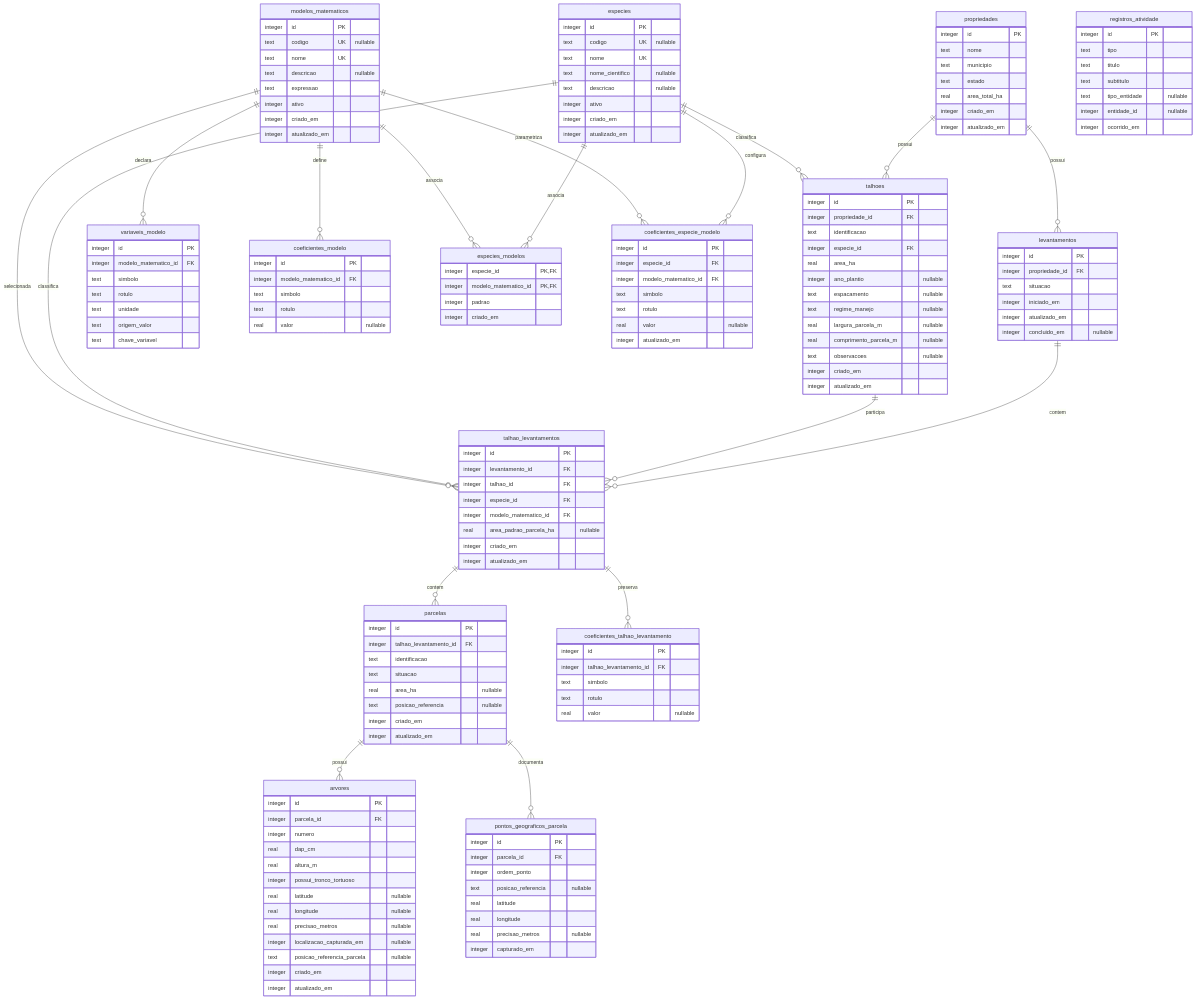
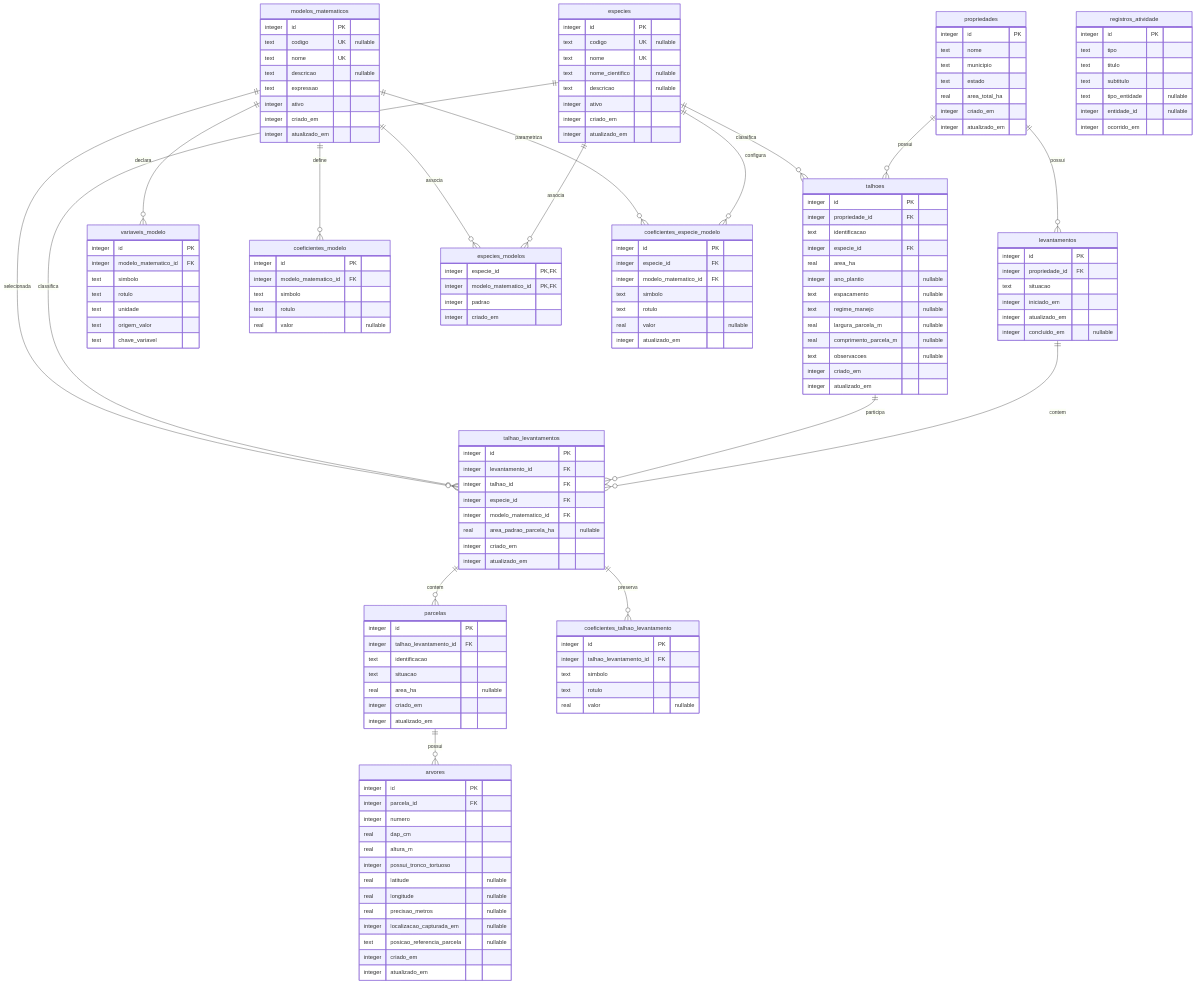
One commit to mateushernandes10-droid/dendro_mobile changed the diagram in tcc_codex_context/docs/diagrams/04_banco_completo.mmd. Above: the diagram before and after it, drawn with Mermaid. The commit also changed 26 other files, not shown here.

```diff
--- a/tcc_codex_context/docs/diagrams/04_banco_completo.mmd
+++ b/tcc_codex_context/docs/diagrams/04_banco_completo.mmd
@@ -1,162 +1,150 @@
 erDiagram
     propriedades ||--o{ talhoes : possui
     propriedades ||--o{ levantamentos : possui
     especies ||--o{ talhoes : classifica
     levantamentos ||--o{ talhao_levantamentos : contem
     talhoes ||--o{ talhao_levantamentos : participa
     especies ||--o{ talhao_levantamentos : classifica
     modelos_matematicos ||--o{ talhao_levantamentos : selecionada
     talhao_levantamentos ||--o{ parcelas : contem
     parcelas ||--o{ arvores : possui
-    parcelas ||--o{ pontos_geograficos_parcela : documenta
     modelos_matematicos ||--o{ variaveis_modelo : declara
     modelos_matematicos ||--o{ coeficientes_modelo : define
     especies ||--o{ especies_modelos : associa
     modelos_matematicos ||--o{ especies_modelos : associa
     especies ||--o{ coeficientes_especie_modelo : configura
     modelos_matematicos ||--o{ coeficientes_especie_modelo : parametriza
     talhao_levantamentos ||--o{ coeficientes_talhao_levantamento : preserva
     propriedades {
         integer id PK
         text nome
         text municipio
         text estado
         real area_total_ha
         integer criado_em
         integer atualizado_em
     }
     especies {
         integer id PK
         text codigo UK "nullable"
         text nome UK
         text nome_cientifico "nullable"
         text descricao "nullable"
         integer ativo
         integer criado_em
         integer atualizado_em
     }
     modelos_matematicos {
         integer id PK
         text codigo UK "nullable"
         text nome UK
         text descricao "nullable"
         text expressao
         integer ativo
         integer criado_em
         integer atualizado_em
     }
     variaveis_modelo {
         integer id PK
         integer modelo_matematico_id FK
         text simbolo
         text rotulo
         text unidade
         text origem_valor
         text chave_variavel
     }
     coeficientes_modelo {
         integer id PK
         integer modelo_matematico_id FK
         text simbolo
         text rotulo
         real valor "nullable"
     }
     especies_modelos {
         integer especie_id PK,FK
         integer modelo_matematico_id PK,FK
         integer padrao
         integer criado_em
     }
     coeficientes_especie_modelo {
         integer id PK
         integer especie_id FK
         integer modelo_matematico_id FK
         text simbolo
         text rotulo
         real valor "nullable"
         integer atualizado_em
     }
     talhoes {
         integer id PK
         integer propriedade_id FK
         text identificacao
         integer especie_id FK
         real area_ha
         integer ano_plantio "nullable"
         text espacamento "nullable"
         text regime_manejo "nullable"
         real largura_parcela_m "nullable"
         real comprimento_parcela_m "nullable"
         text observacoes "nullable"
         integer criado_em
         integer atualizado_em
     }
     levantamentos {
         integer id PK
         integer propriedade_id FK
         text situacao
         integer iniciado_em
         integer atualizado_em
         integer concluido_em "nullable"
     }
     talhao_levantamentos {
         integer id PK
         integer levantamento_id FK
         integer talhao_id FK
         integer especie_id FK
         integer modelo_matematico_id FK
         real area_padrao_parcela_ha "nullable"
         integer criado_em
         integer atualizado_em
     }
     coeficientes_talhao_levantamento {
         integer id PK
         integer talhao_levantamento_id FK
         text simbolo
         text rotulo
         real valor "nullable"
     }
     parcelas {
         integer id PK
         integer talhao_levantamento_id FK
         text identificacao
         text situacao
         real area_ha "nullable"
-        text posicao_referencia "nullable"
         integer criado_em
         integer atualizado_em
-    }
-    pontos_geograficos_parcela {
-        integer id PK
-        integer parcela_id FK
-        integer ordem_ponto
-        text posicao_referencia "nullable"
-        real latitude
-        real longitude
-        real precisao_metros "nullable"
-        integer capturado_em
     }
     arvores {
         integer id PK
         integer parcela_id FK
         integer numero
         real dap_cm
         real altura_m
         integer possui_tronco_tortuoso
         real latitude "nullable"
         real longitude "nullable"
         real precisao_metros "nullable"
         integer localizacao_capturada_em "nullable"
         text posicao_referencia_parcela "nullable"
         integer criado_em
         integer atualizado_em
     }
     registros_atividade {
         integer id PK
         text tipo
         text titulo
         text subtitulo
         text tipo_entidade "nullable"
         integer entidade_id "nullable"
         integer ocorrido_em
     }
```
